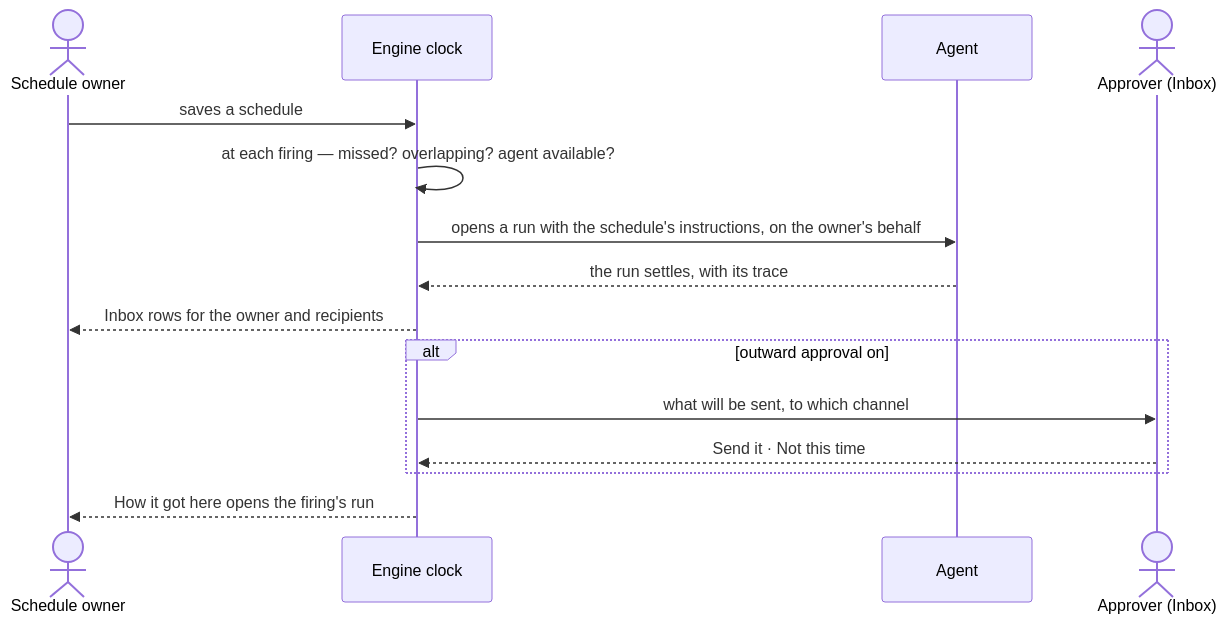
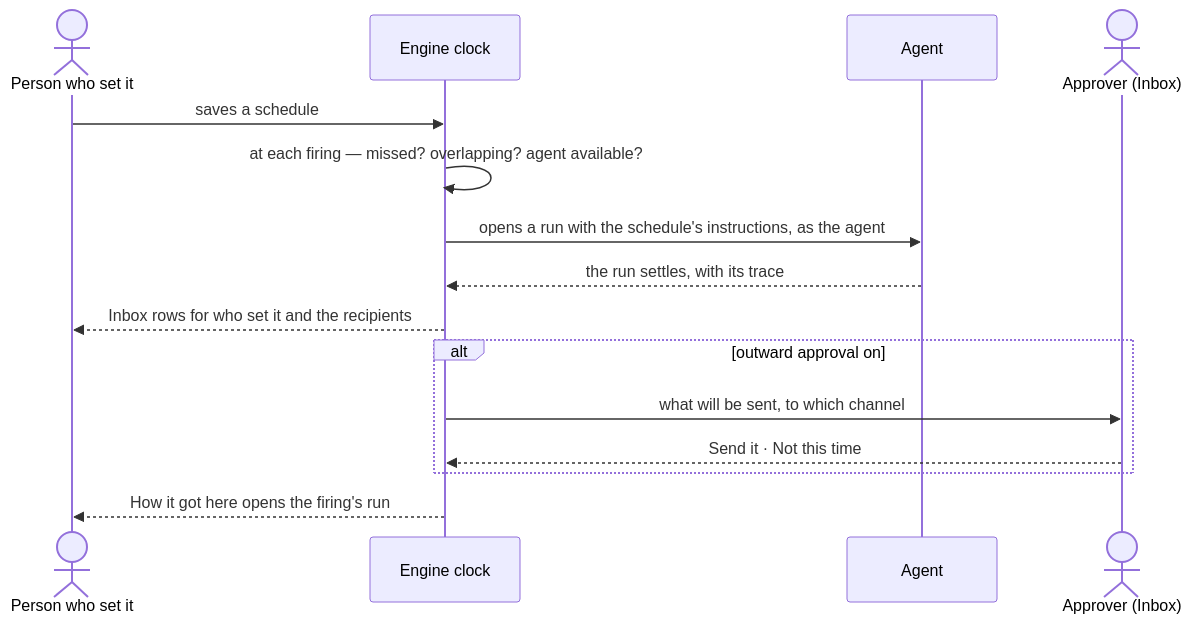
Before and after one commit to invana/invana: the second of 2 diagrams in specs/capabilities/agents/features/AG-F07-schedules/feature.md, drawn with Mermaid. The commit also changed other lines of this file and 300 other files, not shown here.

````diff
--- a/specs/capabilities/agents/features/AG-F07-schedules/feature.md
+++ b/specs/capabilities/agents/features/AG-F07-schedules/feature.md
@@ -59,17 +59,17 @@
 ```mermaid
 sequenceDiagram
-  actor O as Schedule owner
+  actor O as Person who set it
   participant E as Engine clock
   participant A as Agent
   actor R as Approver (Inbox)
   O->>E: saves a schedule
   E->>E: at each firing — missed? overlapping? agent available?
-  E->>A: opens a run with the schedule's instructions, on the owner's behalf
+  E->>A: opens a run with the schedule's instructions, as the agent
   A-->>E: the run settles, with its trace
-  E-->>O: Inbox rows for the owner and recipients
+  E-->>O: Inbox rows for who set it and the recipients
   alt outward approval on
     E->>R: what will be sent, to which channel
     R-->>E: Send it · Not this time
   end
   E-->>O: How it got here opens the firing's run
 ```
````
